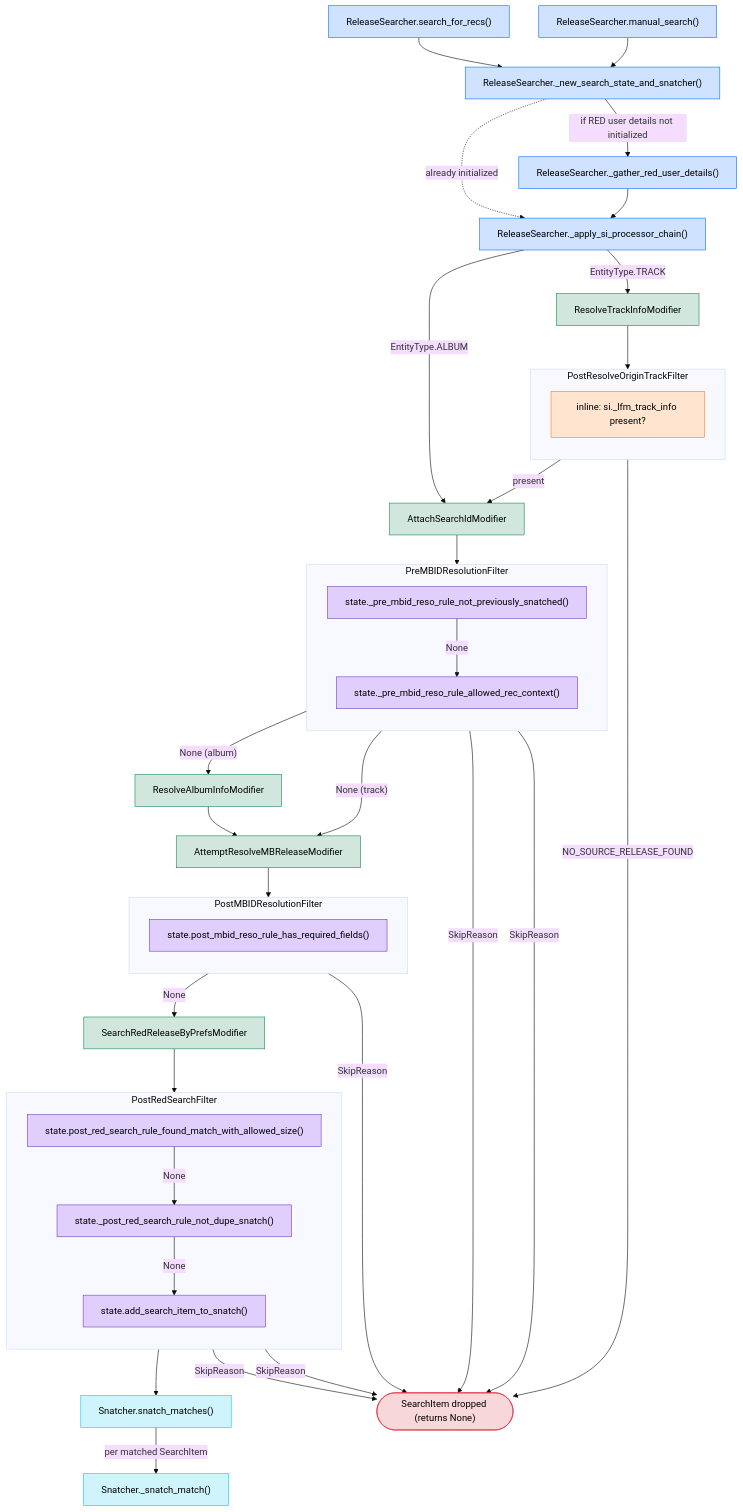
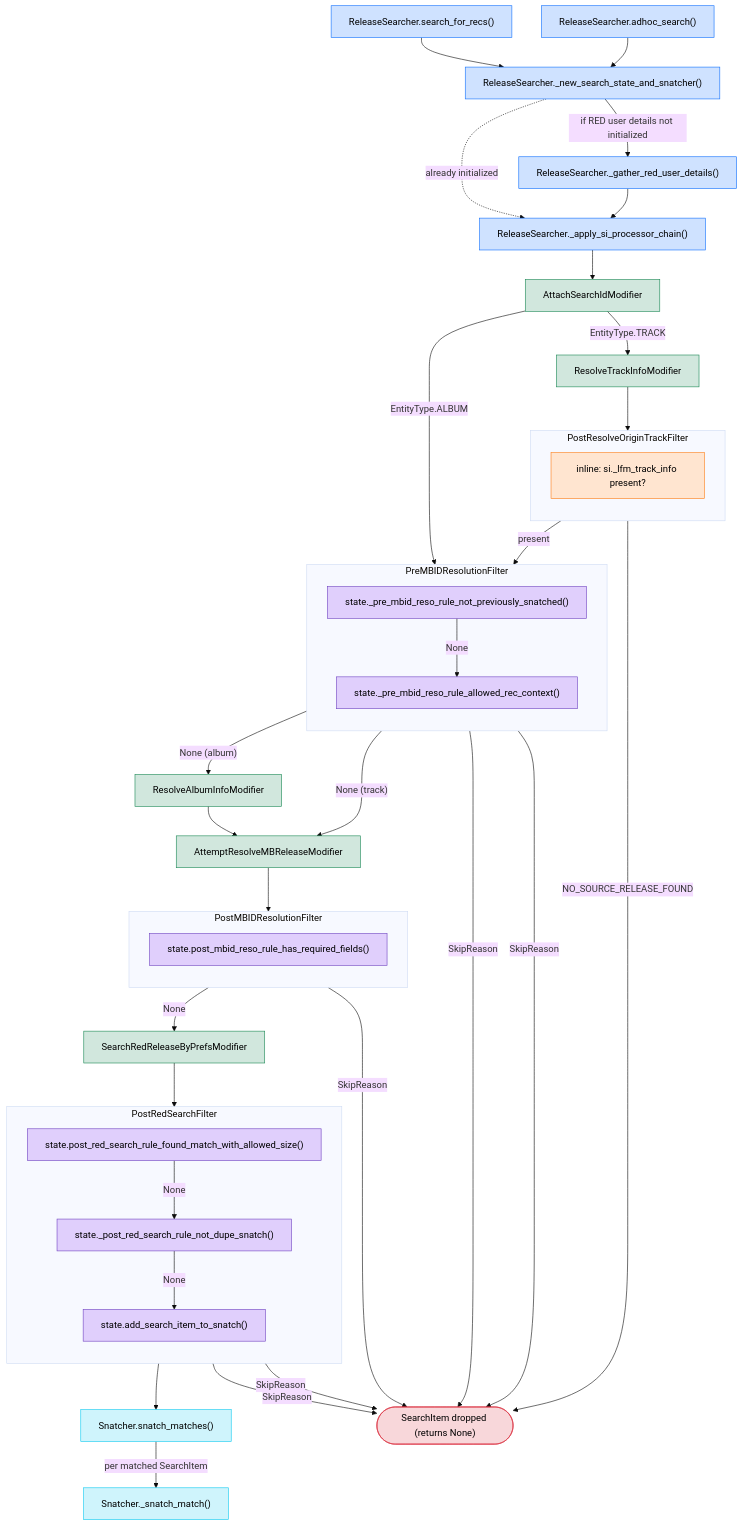
Before and after one commit to windexvalence/plastered: the second of 2 diagrams in plastered/release_search/search_process_overview.md, drawn with Mermaid (base theme). The commit also changed other lines of this file and 127 other files, not shown here.

```diff
--- a/plastered/release_search/search_process_overview.md
+++ b/plastered/release_search/search_process_overview.md
@@ -102,7 +102,7 @@
 flowchart TD
     %% ── ReleaseSearcher orchestration ──
     SFR["ReleaseSearcher.search_for_recs()"]
-    MS["ReleaseSearcher.manual_search()"]
+    MS["ReleaseSearcher.adhoc_search()"]
     NEW_STATE["ReleaseSearcher._new_search_state_and_snatcher()"]
     GRUD["ReleaseSearcher._gather_red_user_details()"]
     APPLY["ReleaseSearcher._apply_si_processor_chain()"]
@@ -123,8 +123,8 @@
     NEW_STATE -.->|"already initialized"| APPLY
     GRUD --> APPLY
 
-    APPLY -->|"EntityType.ALBUM"| ATTACH
-    APPLY -->|"EntityType.TRACK"| RESOLVE_TRACK
+    APPLY --> ATTACH
+    ATTACH -->|"EntityType.TRACK"| RESOLVE_TRACK
 
     %% ── PostResolveOriginTrackFilter (track only, inline rule) ──
     subgraph TF0["PostResolveOriginTrackFilter"]
@@ -132,7 +132,6 @@
         TS_in["inline: si._lfm_track_info present?"]
     end
     RESOLVE_TRACK --> TS_in
-    TS_in -->|present| ATTACH
     TS_in -->|NO_SOURCE_RELEASE_FOUND| DROP
 
     %% ── PreMBIDResolutionFilter ──
@@ -142,7 +141,8 @@
         S_context["state._pre_mbid_reso_rule_allowed_rec_context()"]
         S_snatched -->|None| S_context
     end
-    ATTACH --> S_snatched
+    ATTACH -->|"EntityType.ALBUM"| S_snatched
+    TS_in -->|present| S_snatched
     S_context -->|"None (album)"| RESOLVE_ALBUM
     S_context -->|"None (track)"| ATTEMPT_MB
     RESOLVE_ALBUM --> ATTEMPT_MB
```
